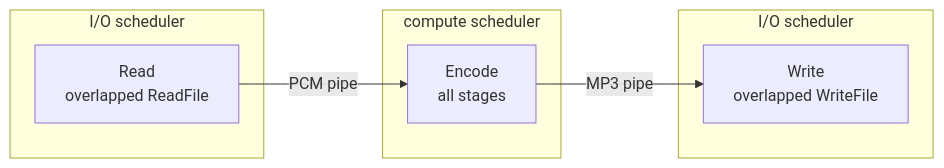
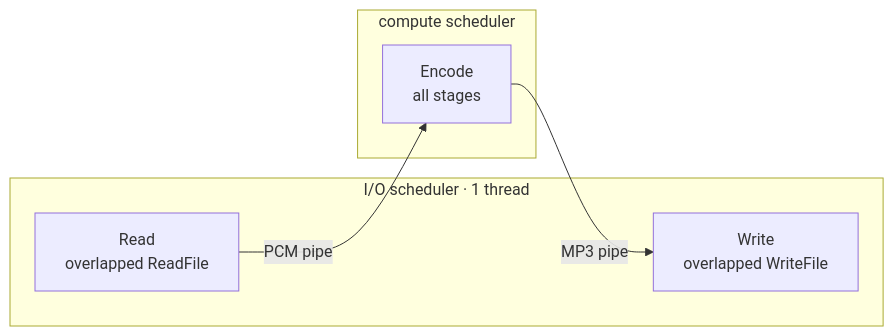
One commit to ThinkMeta-com/ThinkMeta.ConcurrentTasks.Samples changed the second of 8 diagrams in ctLame/docs/task-graph.md. Above: the diagram before and after it, drawn with Mermaid. The commit also changed other lines of this file and 700 other files, not shown here.

````diff
--- a/ctLame/docs/task-graph.md
+++ b/ctLame/docs/task-graph.md
@@ -41,13 +51,11 @@
 ```mermaid
 flowchart LR
-    subgraph io1 ["I/O scheduler"]
+    subgraph io ["I/O scheduler · 1 thread"]
         R["Read<br/>overlapped ReadFile"]
+        W["Write<br/>overlapped WriteFile"]
     end
     subgraph cpu ["compute scheduler"]
         E["Encode<br/>all stages"]
     end
-    subgraph io2 ["I/O scheduler"]
-        W["Write<br/>overlapped WriteFile"]
-    end
     R -- "PCM pipe" --> E -- "MP3 pipe" --> W
 ```
````
